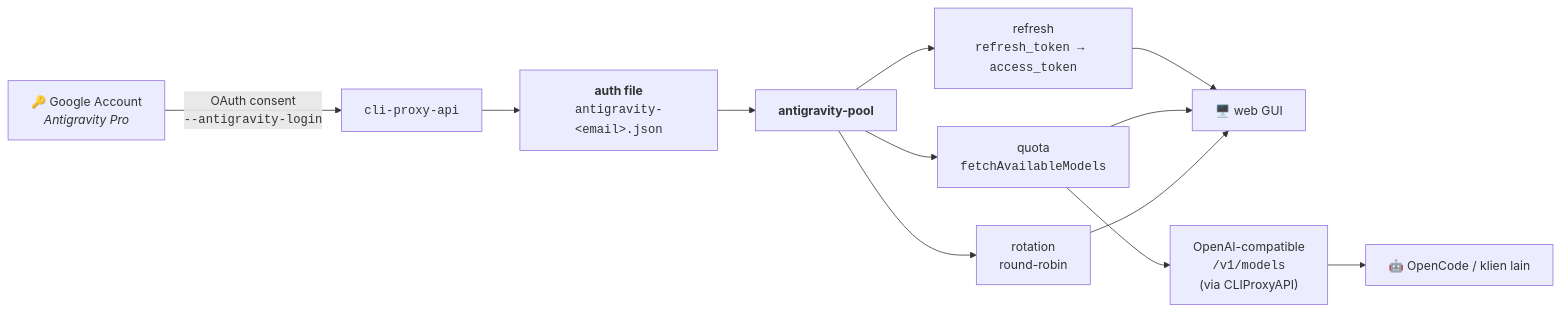
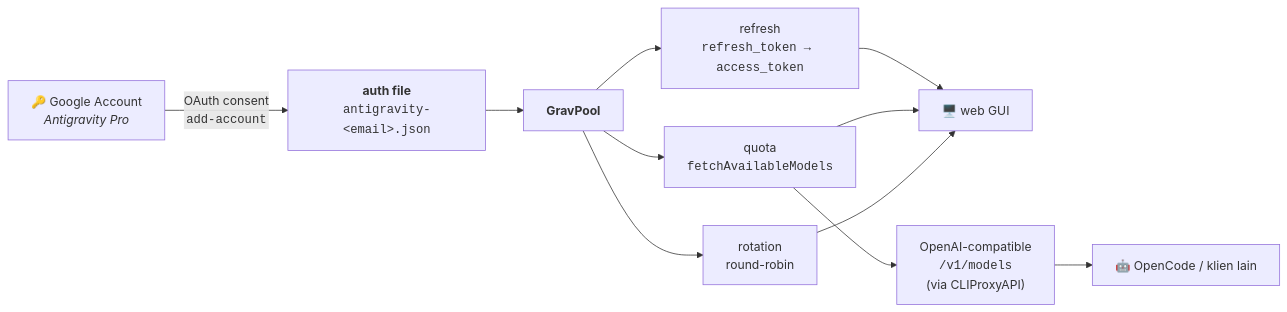
Before and after one commit to ghostedmyself/gravpool: the diagram in README.md, drawn with Mermaid. The commit also changed other lines of this file and 17 other files, not shown here.

Commit message:
feat: rename to GravPool, zero-config install, public OAuth built-in, installer scripts, docs updated

````diff
--- a/README.md
+++ b/README.md
@@ -41,14 +41,13 @@
 ```mermaid
 flowchart LR
-    A["🔑 Google Account<br/><i>Antigravity Pro</i>"] -->|"OAuth consent<br/><code>--antigravity-login</code>"| B["<code>cli-proxy-api</code>"]
-    B --> C["<b>auth file</b><br/><code>antigravity-&lt;email&gt;.json</code>"]
-    C --> D["<b>antigravity-pool</b>"]
+    A["🔑 Google Account<br/><i>Antigravity Pro</i>"] -->|"OAuth consent<br/><code>add-account</code>"| C["<b>auth file</b><br/><code>antigravity-&lt;email&gt;.json</code>"]
+    C --> D["<b>GravPool</b>"]
     D --> E["refresh<br/><code>refresh_token → access_token</code>"]
     D --> F["quota<br/><code>fetchAvailableModels</code>"]
     D --> G["rotation<br/>round-robin"]
     E --> H["🖥️ web GUI"]
     F --> H
     G --> H
     F --> I["OpenAI-compatible<br/><code>/v1/models</code><br/>(via CLIProxyAPI)"]
     I --> J["🤖 OpenCode / klien lain"]
 ```
````
